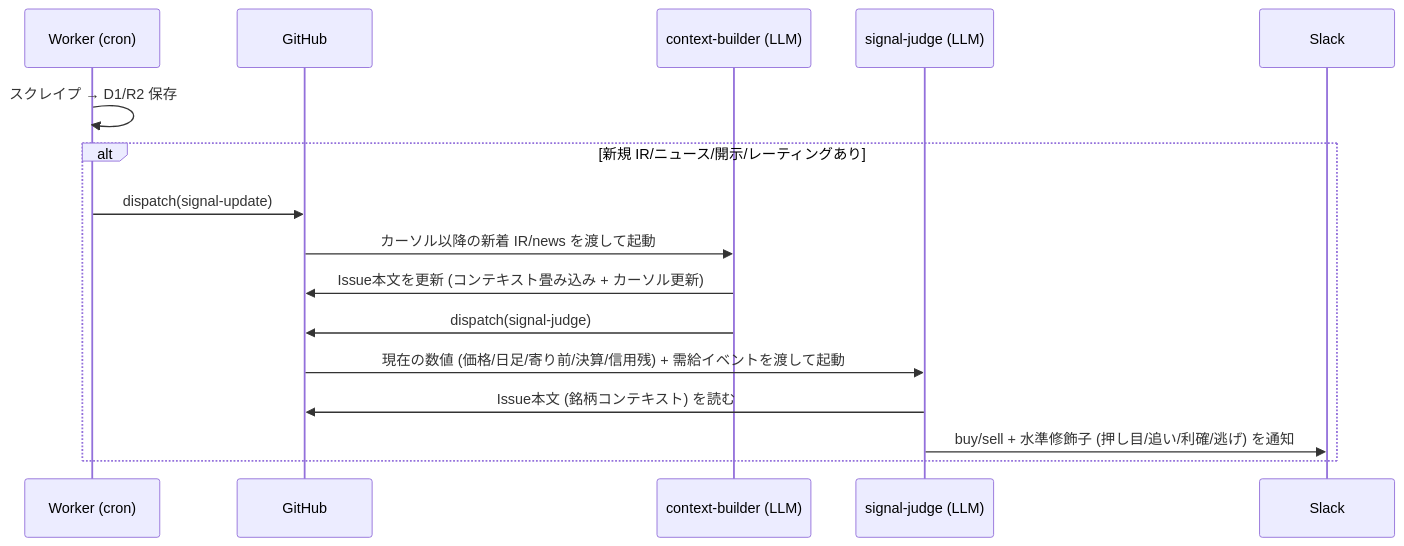
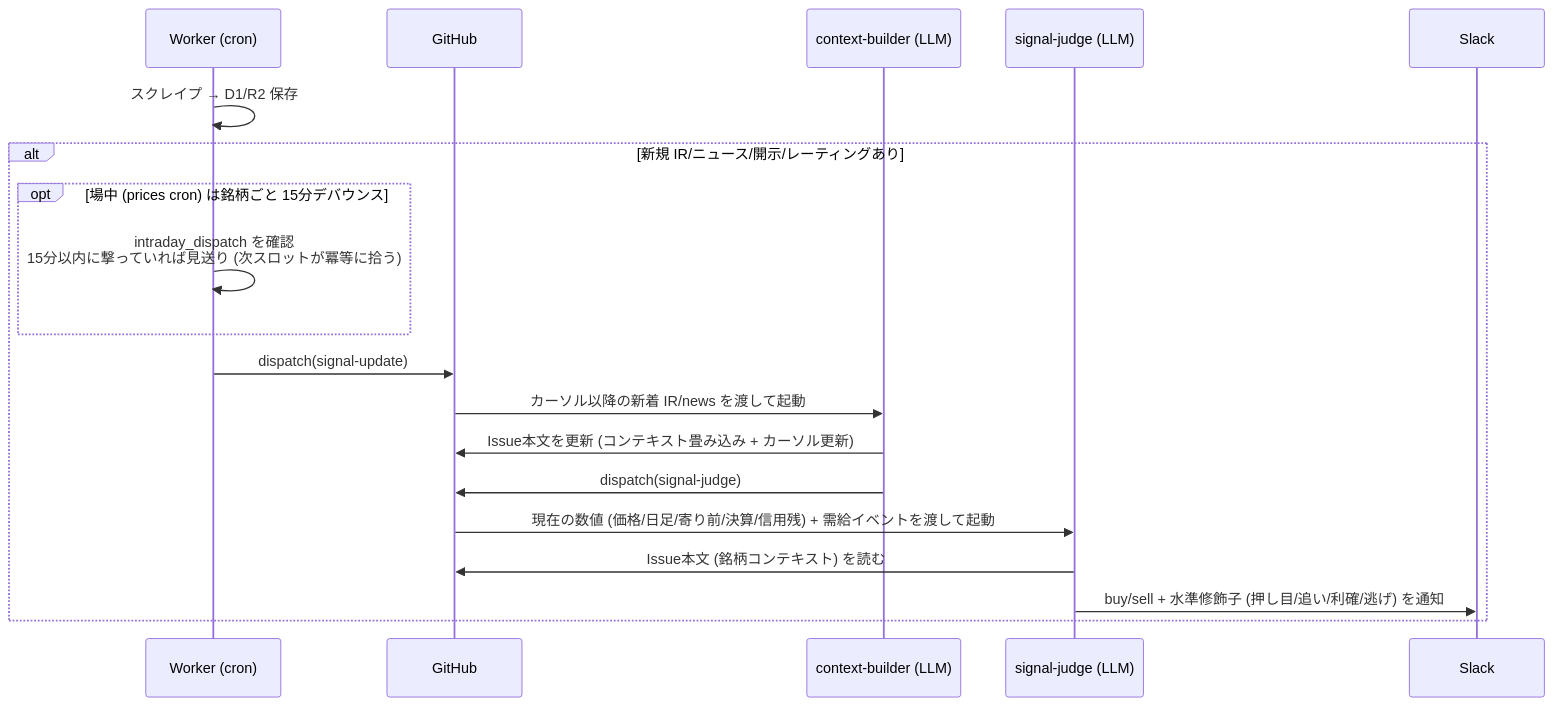
One commit to omni-stove/stock-signals changed the second of 4 diagrams in README.md. Above: the diagram before and after it, drawn with Mermaid. The commit also changed other lines of this file and 31 other files, not shown here.

````diff
--- a/README.md
+++ b/README.md
@@ -111,19 +139,22 @@
 ```mermaid
 sequenceDiagram
     participant W as Worker (cron)
     participant GH as GitHub
     participant CB as context-builder (LLM)
     participant SJ as signal-judge (LLM)
     participant SL as Slack
 
     W->>W: スクレイプ → D1/R2 保存
     alt 新規 IR/ニュース/開示/レーティングあり
+        opt 場中 (prices cron) は銘柄ごと 15分デバウンス
+            W->>W: intraday_dispatch を確認<br/>15分以内に撃っていれば見送り (次スロットが冪等に拾う)
+        end
         W->>GH: dispatch(signal-update)
         GH->>CB: カーソル以降の新着 IR/news を渡して起動
         CB->>GH: Issue本文を更新 (コンテキスト畳み込み + カーソル更新)
         CB->>GH: dispatch(signal-judge)
         GH->>SJ: 現在の数値 (価格/日足/寄り前/決算/信用残) + 需給イベントを渡して起動
         SJ->>GH: Issue本文 (銘柄コンテキスト) を読む
         SJ->>SL: buy/sell + 水準修飾子 (押し目/追い/利確/逃げ) を通知
     end
 ```
````
